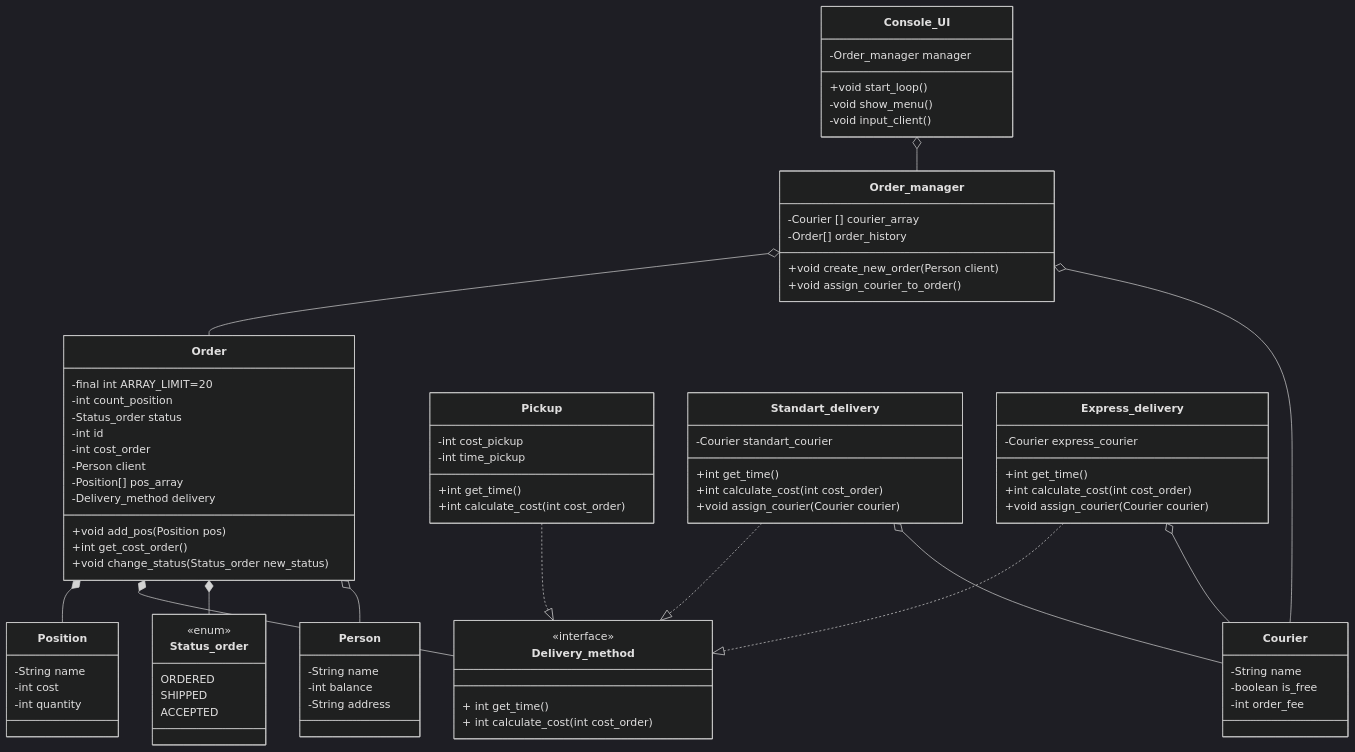
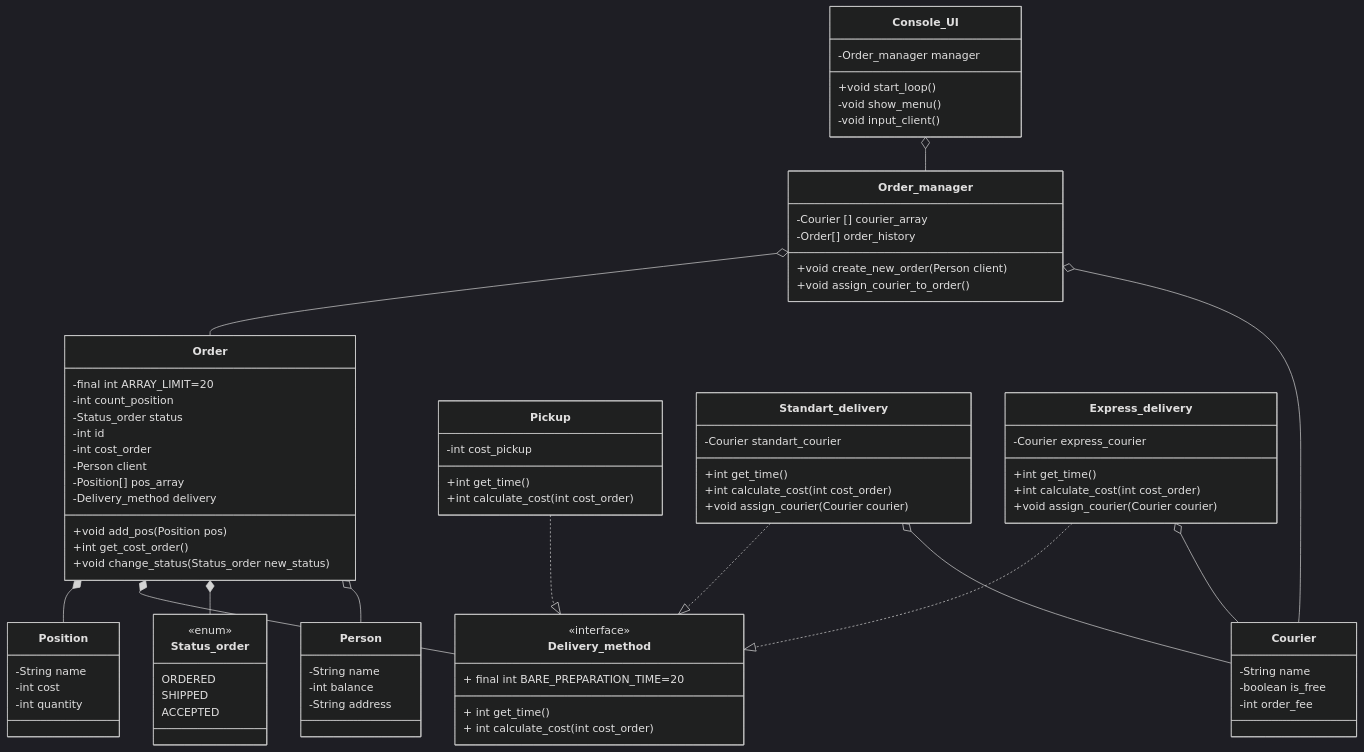
Before and after one commit to kirillkushaev2007-boop/Labaratory1: the diagram in README.md, drawn with Mermaid (dark theme).

Commit message:
Update README.md
refactor: update delivery interfaces and classes

- Add BARE_PREPARATION_TIME field to Delivery_method interface
- Remove TIME_PICKUP field from Pickup class

```diff
--- a/README.md
+++ b/README.md
@@ -46,13 +46,13 @@
    %% Интерфейс доставки (Delivery_method)
    class Delivery_method {
       <<interface>>
+      + final int BARE_PREPARATION_TIME=20
       + int get_time()
       + int calculate_cost (int cost_order)
    }
    %% Самовывоз (Pickup)
    class Pickup{
       -int cost_pickup
-      -int time_pickup
       +int get_time()
       +int calculate_cost (int cost_order)
    }
```
